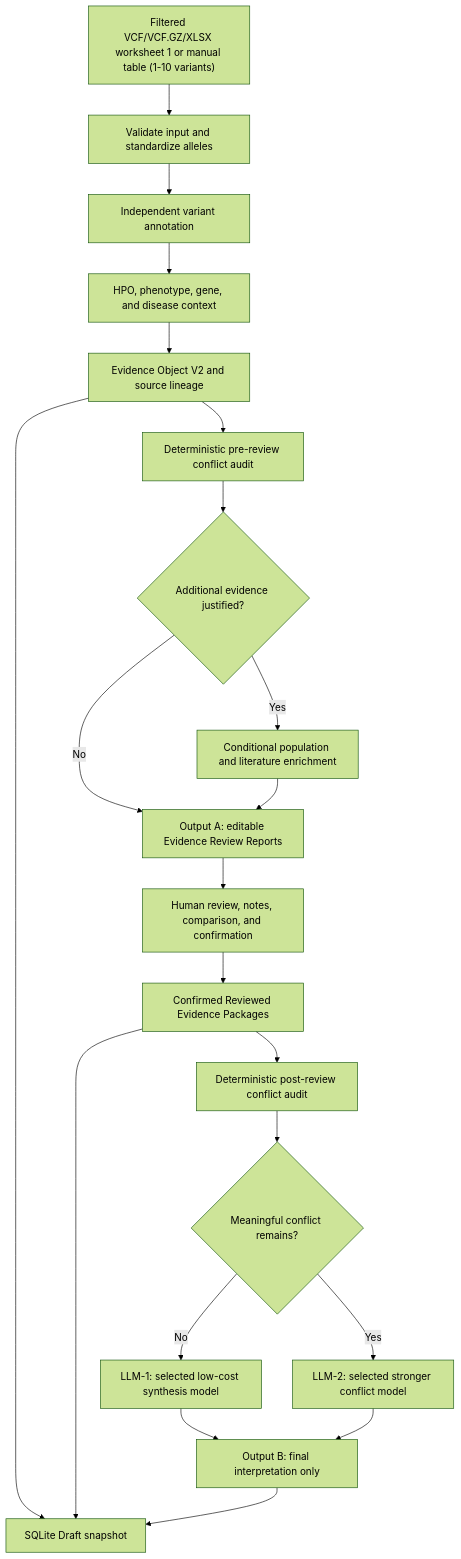
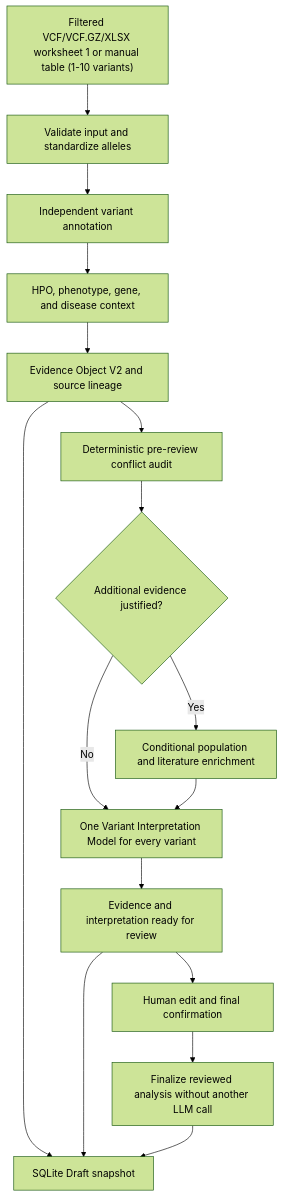
One commit to parhamKIY/CLINCAL_VARIANT_WEB_APPLICATION changed the diagram in README.md. Above: the diagram before and after it, drawn with Mermaid (forest theme). The commit also changed other lines of this file and 8 other files, not shown here.

Commit message:
Implement Stage 51 interpretation-before-review workflow

````diff
--- a/README.md
+++ b/README.md
@@ -139,23 +152,18 @@
 ```mermaid
 flowchart TD
     I["Filtered VCF/VCF.GZ/XLSX worksheet 1 or manual table (1-10 variants)"] --> V["Validate input and standardize alleles"]
     V --> A["Independent variant annotation"]
     A --> P["HPO, phenotype, gene, and disease context"]
     P --> E["Evidence Object V2 and source lineage"]
     E --> C1["Deterministic pre-review conflict audit"]
     C1 --> X{"Additional evidence justified?"}
     X -- Yes --> CE["Conditional population and literature enrichment"]
-    X -- No --> OA
-    CE --> OA["Output A: editable Evidence Review Reports"]
-    OA --> H["Human review, notes, comparison, and confirmation"]
-    H --> RP["Confirmed Reviewed Evidence Packages"]
-    RP --> C2["Deterministic post-review conflict audit"]
-    C2 --> R{"Meaningful conflict remains?"}
-    R -- No --> L1["LLM-1: selected low-cost synthesis model"]
-    R -- Yes --> L2["LLM-2: selected stronger conflict model"]
-    L1 --> OB["Output B: final interpretation only"]
-    L2 --> OB
+    X -- No --> VI
+    CE --> VI["One Variant Interpretation Model for every variant"]
+    VI --> D["Evidence and interpretation ready for review"]
+    D --> H["Human edit and final confirmation"]
+    H --> F["Finalize reviewed analysis without another LLM call"]
     E --> DB["SQLite Draft snapshot"]
-    RP --> DB
-    OB --> DB
+    D --> DB
+    F --> DB
 ```
````
